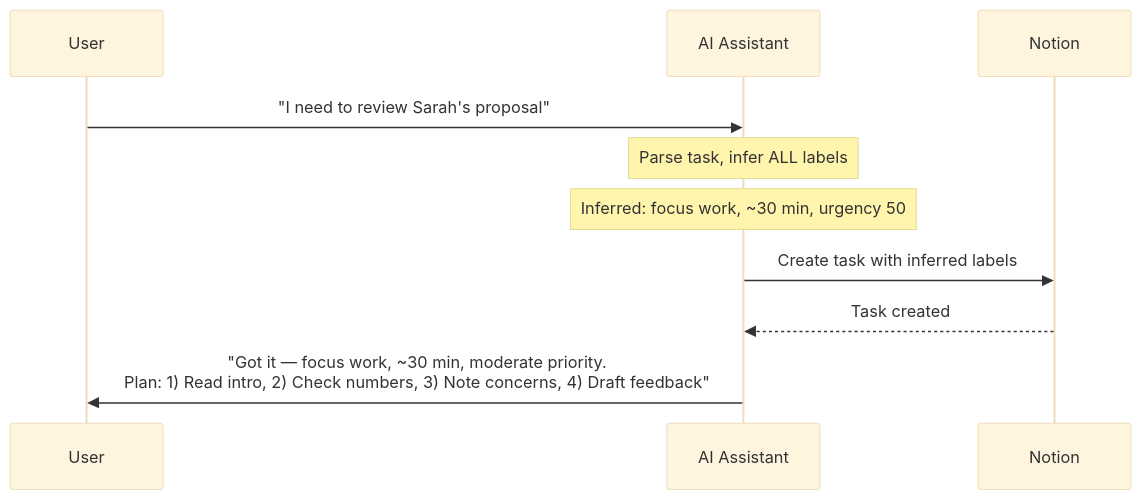
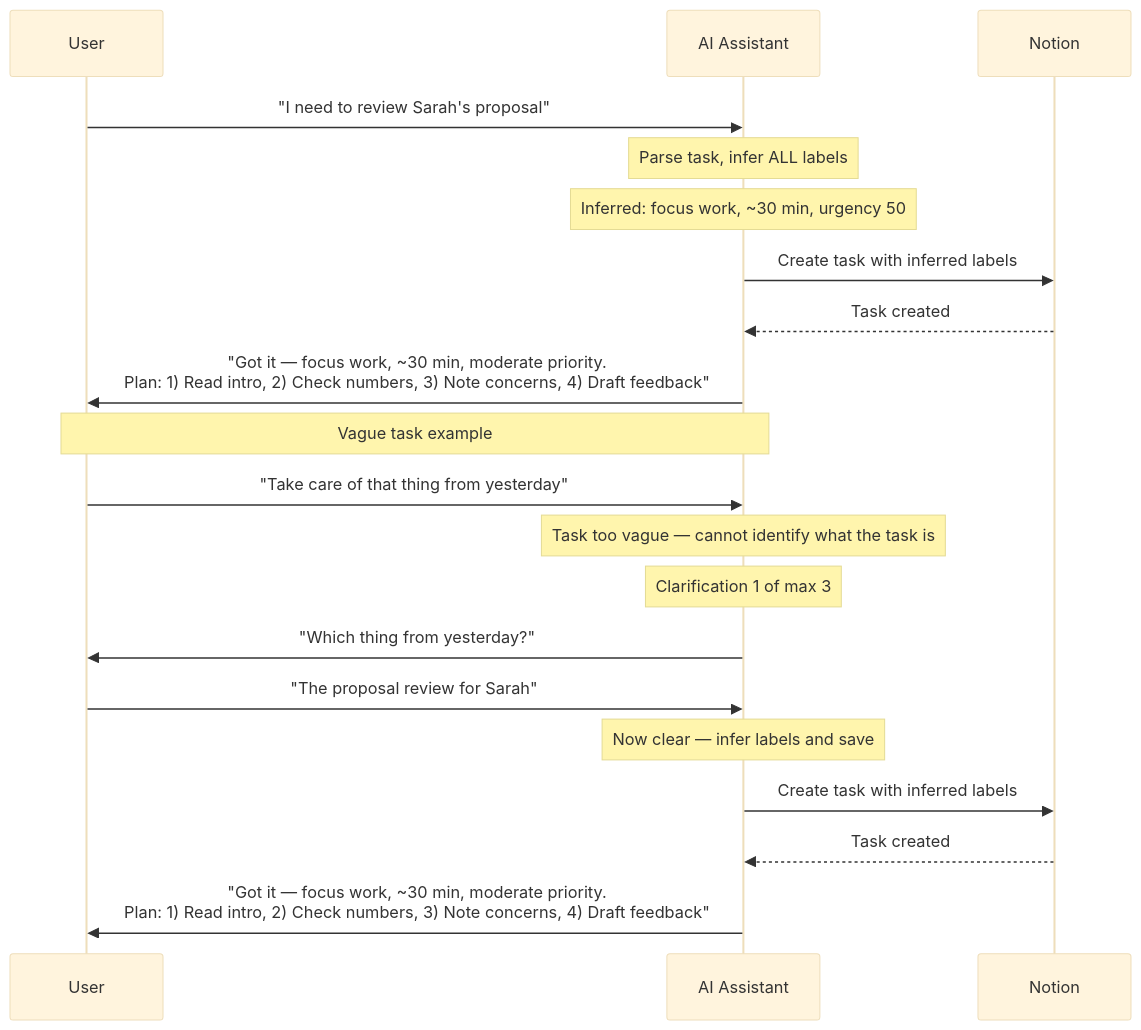
One commit to NickBorgersProbably/hide-my-list changed the second of 28 diagrams in docs/user-interactions.md. Above: the diagram before and after it, drawn with Mermaid (base theme). The commit also changed other lines of this file and 2 other files, not shown here.

First line of the commit message:
Allow up to 3 clarifying questions for vague tasks during intake

````diff
--- a/docs/user-interactions.md
+++ b/docs/user-interactions.md
@@ -52,15 +52,31 @@
 ```mermaid
 sequenceDiagram
     participant U as User
     participant AI as AI Assistant
     participant N as Notion
 
     U->>AI: "I need to review Sarah's proposal"
 
     Note over AI: Parse task, infer ALL labels
     Note over AI: Inferred: focus work, ~30 min, urgency 50
 
     AI->>N: Create task with inferred labels
     N-->>AI: Task created
     AI->>U: "Got it — focus work, ~30 min, moderate priority.<br/>Plan: 1) Read intro, 2) Check numbers, 3) Note concerns, 4) Draft feedback"
+
+    Note over U,AI: Vague task example
+
+    U->>AI: "Take care of that thing from yesterday"
+
+    Note over AI: Task too vague — cannot identify what the task is
+    Note over AI: Clarification 1 of max 3
+
+    AI->>U: "Which thing from yesterday?"
+    U->>AI: "The proposal review for Sarah"
+
+    Note over AI: Now clear — infer labels and save
+
+    AI->>N: Create task with inferred labels
+    N-->>AI: Task created
+    AI->>U: "Got it — focus work, ~30 min, moderate priority.<br/>Plan: 1) Read intro, 2) Check numbers, 3) Note concerns, 4) Draft feedback"
 ```
````
